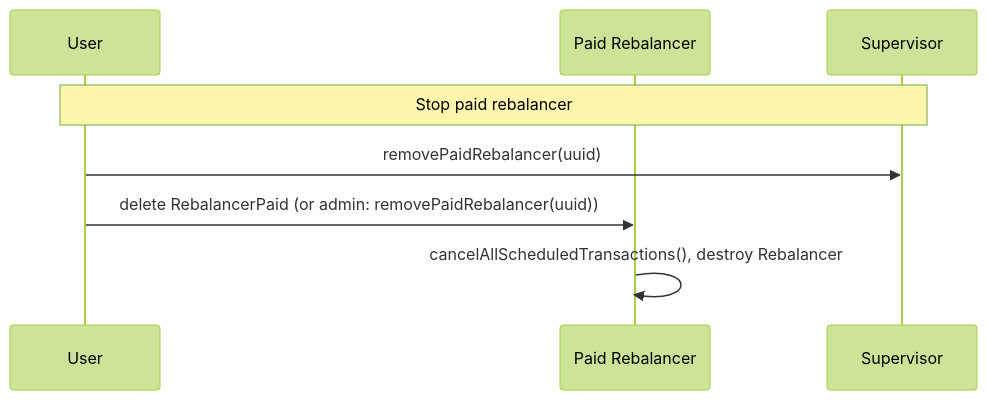
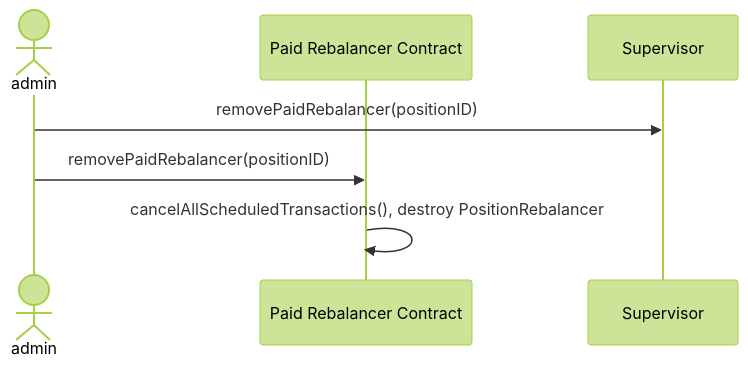
Before and after one commit to onflow/FlowALP: the second of 3 diagrams in RebalanceArchitecture.md, drawn with Mermaid (forest theme). The commit also changed other lines of this file and 9 other files, not shown here.

Commit message:
refactor: simplify FlowALPRebalancerPaidv1

````diff
--- a/RebalanceArchitecture.md
+++ b/RebalanceArchitecture.md
@@ -76,10 +65,9 @@
 ```mermaid
 sequenceDiagram
-    participant User
-    participant Paid as Paid Rebalancer
+    actor admin
+    participant Paid as Paid Rebalancer Contract
     participant Supervisor
-    Note over User,Supervisor: Stop paid rebalancer
-    User->>Supervisor: removePaidRebalancer(uuid)
-    User->>Paid: delete RebalancerPaid (or admin: removePaidRebalancer(uuid))
-    Paid->>Paid: cancelAllScheduledTransactions(), destroy Rebalancer
+    admin->>Supervisor: removePaidRebalancer(positionID)
+    admin->>Paid: removePaidRebalancer(positionID)
+    Paid->>Paid: cancelAllScheduledTransactions(), destroy PositionRebalancer
 ```
````
